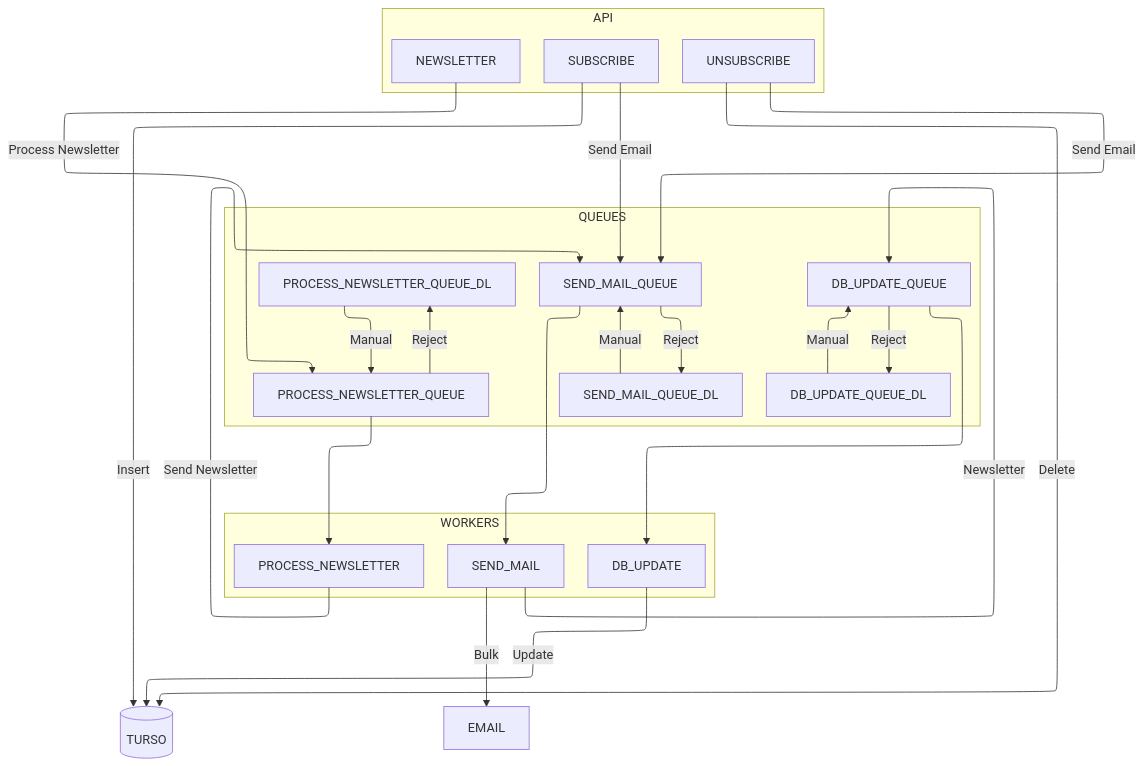
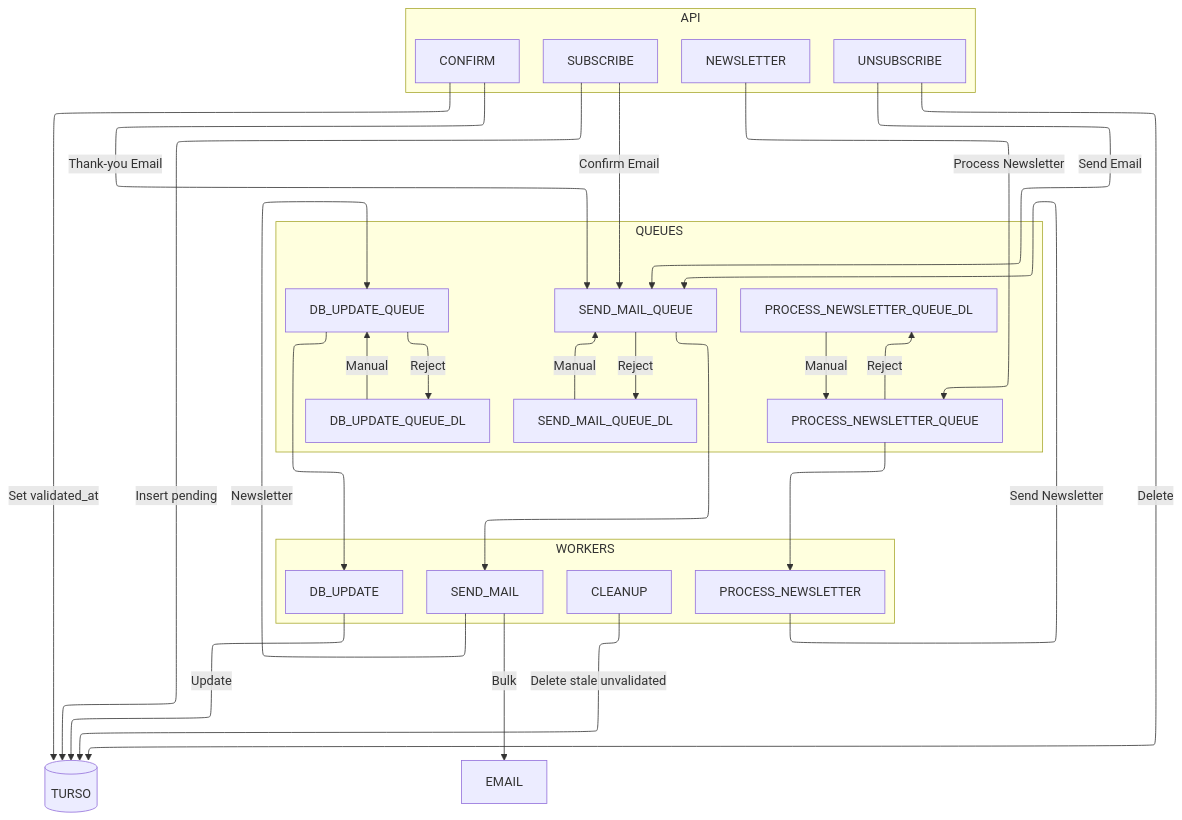
The diagram in docs/FLOWS.mmd (the-civia-project/website), drawn with Mermaid before and after one commit. The commit also changed 20 other files, not shown here.

Commit message:
feat(subscription): change flow to be subsribe -> confirm -> subsribed

```diff
--- a/docs/FLOWS.mmd
+++ b/docs/FLOWS.mmd
@@ -1,51 +1,56 @@
 ---
 config:
     flowchart:
         defaultRenderer: elk
 ---
 flowchart TD
     TURSO@{ shape: cylinder }
     EMAIL@{ shape: rectangle }
 
-    SUBSCRIBE -->|Insert| TURSO
+    SUBSCRIBE -->|Insert pending| TURSO
+    CONFIRM -->|Set validated_at| TURSO
     UNSUBSCRIBE -->|Delete| TURSO
+    CLEANUP -->|Delete stale unvalidated| TURSO
 
-    SUBSCRIBE -->|Send Email| SEND_MAIL_QUEUE
+    SUBSCRIBE -->|Confirm Email| SEND_MAIL_QUEUE
+    CONFIRM -->|Thank-you Email| SEND_MAIL_QUEUE
     UNSUBSCRIBE -->|Send Email| SEND_MAIL_QUEUE
 
     SEND_MAIL_QUEUE --> SEND_MAIL -->|Newsletter| DB_UPDATE_QUEUE --> DB_UPDATE -->|Update| TURSO
 
     NEWSLETTER -->|Process Newsletter| PROCESS_NEWSLETTER_QUEUE --> PROCESS_NEWSLETTER -->|Send Newsletter| SEND_MAIL_QUEUE
 
     SEND_MAIL -->|Bulk| EMAIL
 
     subgraph API
       SUBSCRIBE
+      CONFIRM
       UNSUBSCRIBE
       NEWSLETTER
     end
 
     PROCESS_NEWSLETTER_QUEUE -->|Reject| PROCESS_NEWSLETTER_QUEUE_DL
     SEND_MAIL_QUEUE -->|Reject| SEND_MAIL_QUEUE_DL
     DB_UPDATE_QUEUE -->|Reject| DB_UPDATE_QUEUE_DL
 
     subgraph QUEUES
       PROCESS_NEWSLETTER_QUEUE
       PROCESS_NEWSLETTER_QUEUE_DL
 
       SEND_MAIL_QUEUE
       SEND_MAIL_QUEUE_DL
 
       DB_UPDATE_QUEUE
       DB_UPDATE_QUEUE_DL
 
       PROCESS_NEWSLETTER_QUEUE_DL -->|Manual| PROCESS_NEWSLETTER_QUEUE
       SEND_MAIL_QUEUE_DL -->|Manual| SEND_MAIL_QUEUE
       DB_UPDATE_QUEUE_DL -->|Manual| DB_UPDATE_QUEUE
     end
 
     subgraph WORKERS
       PROCESS_NEWSLETTER
       SEND_MAIL
       DB_UPDATE
+      CLEANUP
     end
```
